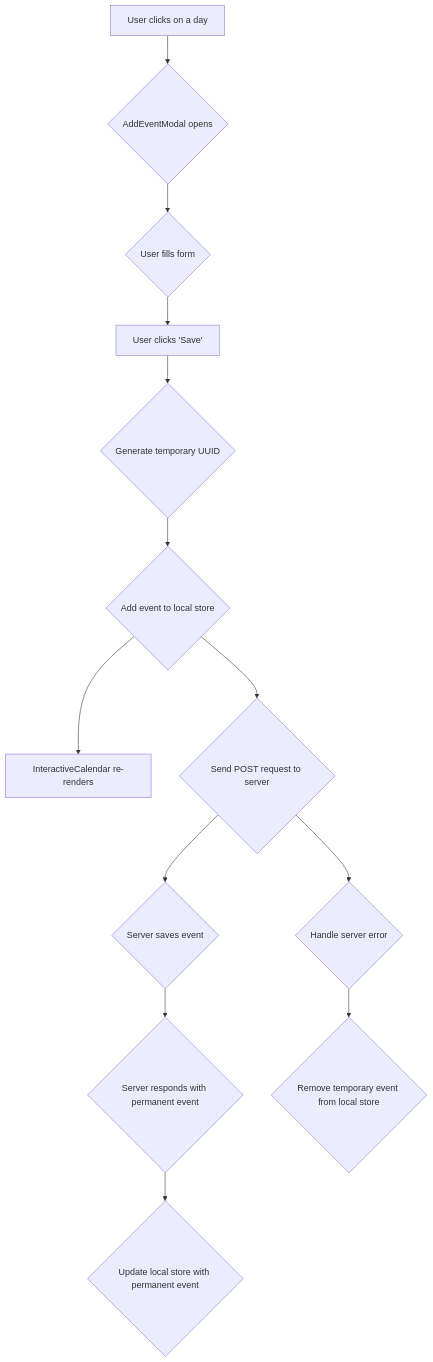
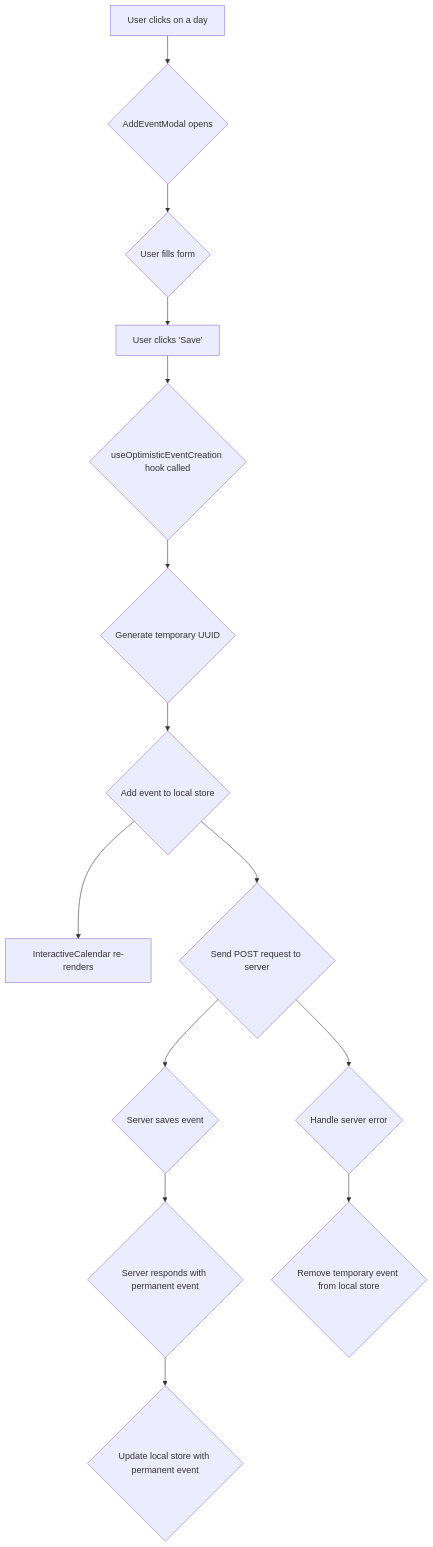
Before and after one commit to smoothdev35/print-calendar-2025: the first of 3 diagrams in README.md, drawn with Mermaid. The commit also changed other lines of this file and 11 other files, not shown here.

First line of the commit message:
feat: implement optimistic event creation and update calendar state

````diff
--- a/README.md
+++ b/README.md
@@ -83,15 +88,16 @@
 ```mermaid
 graph TD
     A[User clicks on a day] --> B{AddEventModal opens};
     B --> C{User fills form};
     C --> D[User clicks 'Save'];
-    D --> E{Generate temporary UUID};
-    E --> F{Add event to local store};
-    F --> G[InteractiveCalendar re-renders];
-    F --> H{Send POST request to server};
-    H --> I{Server saves event};
-    I --> J{Server responds with permanent event};
-    J --> K{Update local store with permanent event};
-    H --> L{Handle server error};
-    L --> M{Remove temporary event from local store};
+    D --> E{useOptimisticEventCreation hook called};
+    E --> F{Generate temporary UUID};
+    F --> G{Add event to local store};
+    G --> H[InteractiveCalendar re-renders];
+    G --> I{Send POST request to server};
+    I --> J{Server saves event};
+    J --> K{Server responds with permanent event};
+    K --> L{Update local store with permanent event};
+    I --> M{Handle server error};
+    M --> N{Remove temporary event from local store};
 ```
````
